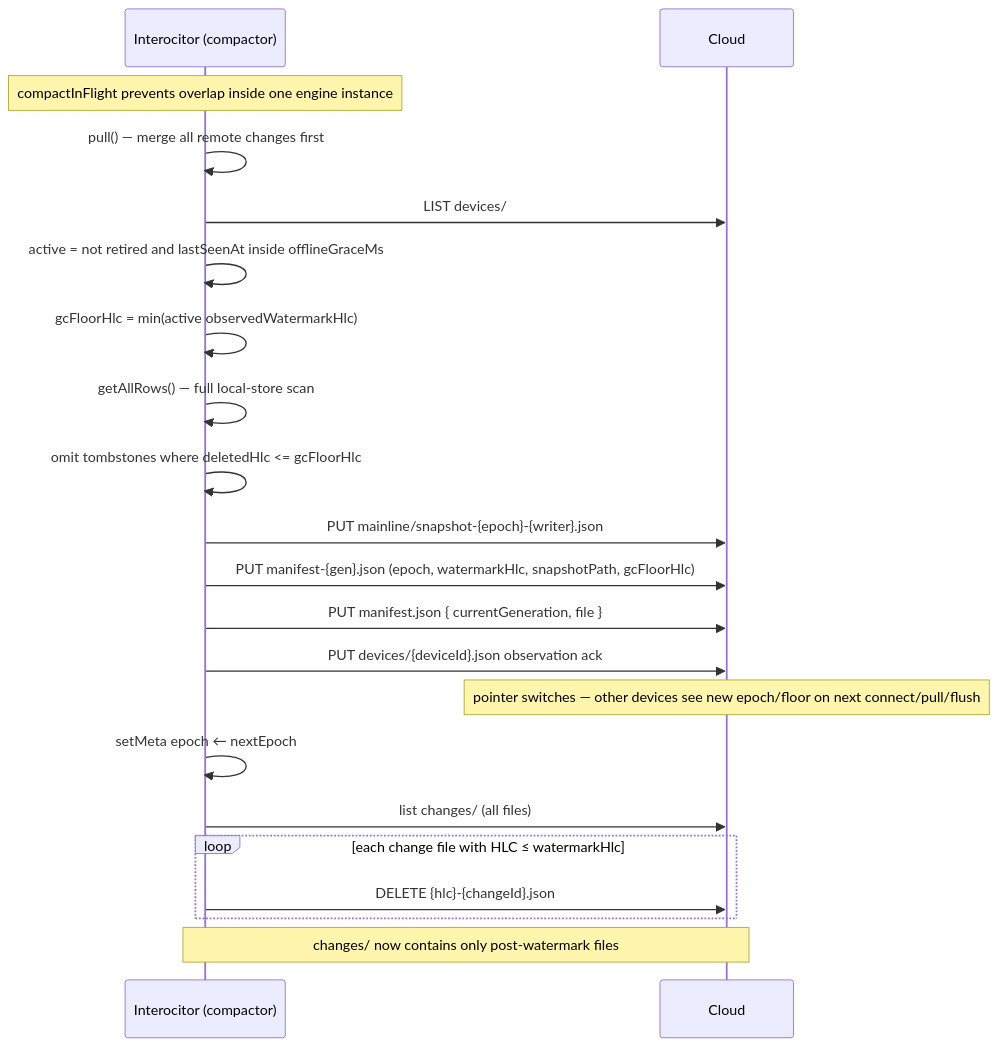
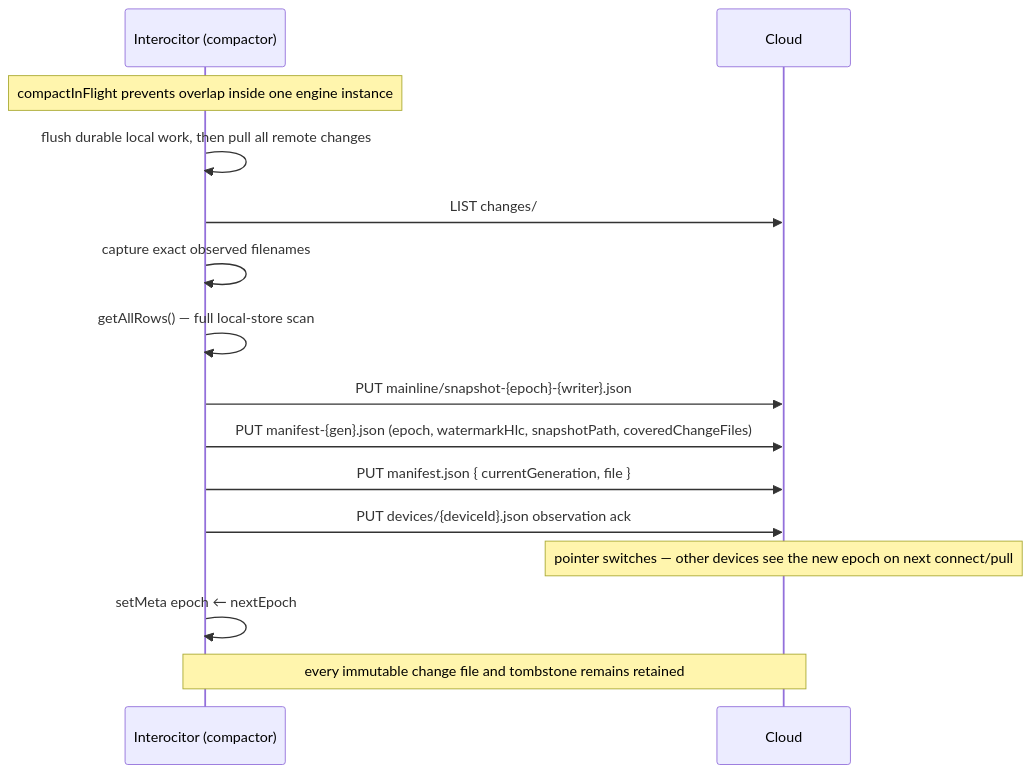
The fourth of 7 diagrams in docs/flows.md (Machine-Garden/interocitor), drawn with Mermaid before and after one commit. The commit also changed other lines of this file and 49 other files, not shown here.

````diff
--- a/docs/flows.md
+++ b/docs/flows.md
@@ -162,26 +150,20 @@
 ```mermaid
 sequenceDiagram
     participant E as Interocitor (compactor)
     participant C as Cloud
 
     Note over E: compactInFlight prevents overlap inside one engine instance
-    E->>E: pull() — merge all remote changes first
-    E->>C: LIST devices/
-    E->>E: active = not retired and lastSeenAt inside offlineGraceMs
-    E->>E: gcFloorHlc = min(active observedWatermarkHlc)
+    E->>E: flush durable local work, then pull all remote changes
+    E->>C: LIST changes/
+    E->>E: capture exact observed filenames
     E->>E: getAllRows() — full local-store scan
-    E->>E: omit tombstones where deletedHlc <= gcFloorHlc
     E->>C: PUT mainline/snapshot-{epoch}-{writer}.json
-    E->>C: PUT manifest-{gen}.json (epoch, watermarkHlc, snapshotPath, gcFloorHlc)
+    E->>C: PUT manifest-{gen}.json (epoch, watermarkHlc, snapshotPath, coveredChangeFiles)
     E->>C: PUT manifest.json { currentGeneration, file }
     E->>C: PUT devices/{deviceId}.json observation ack
-    Note over C: pointer switches — other devices see new epoch/floor on next connect/pull/flush
+    Note over C: pointer switches — other devices see the new epoch on next connect/pull
 
     E->>E: setMeta epoch ← nextEpoch
 
-    E->>C: list changes/ (all files)
-    loop each change file with HLC ≤ watermarkHlc
-        E->>C: DELETE {hlc}-{changeId}.json
-    end
-    Note over E,C: changes/ now contains only post-watermark files
+    Note over E,C: every immutable change file and tombstone remains retained
 ```
````
